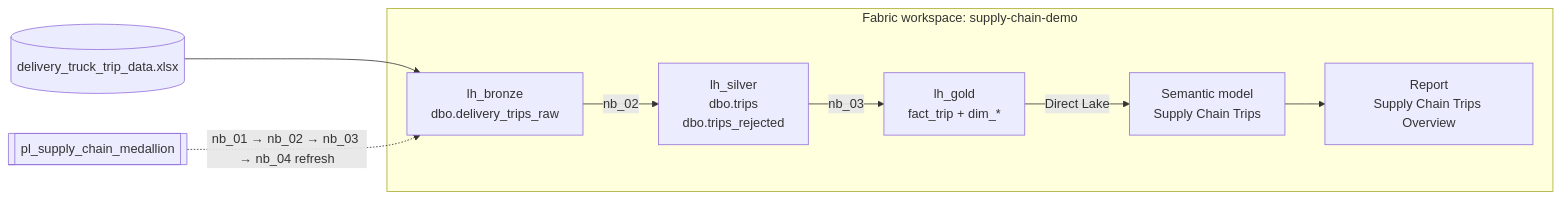
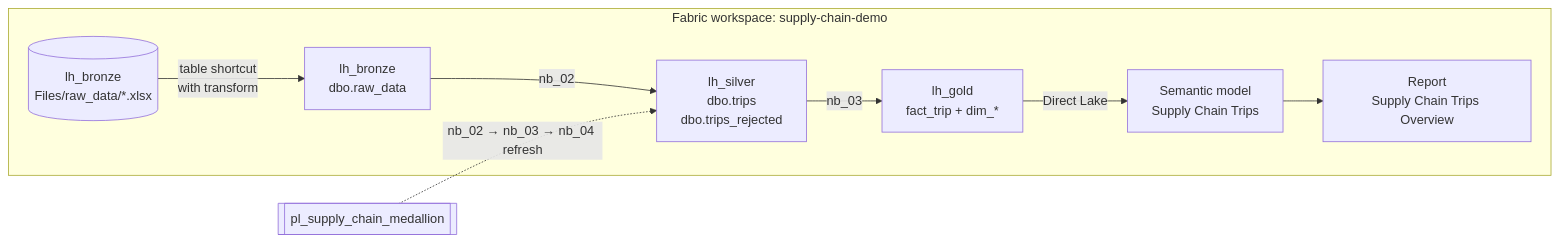
The first of 2 diagrams in README.md (AlahmadiQ8/supply-chain-demo), drawn with Mermaid before and after one commit. The commit also changed other lines of this file and 103 other files, not shown here.

First line of the commit message:
Use dbo.raw_data shortcut as Bronze; add my-dashboard

````diff
--- a/README.md
+++ b/README.md
@@ -22,11 +22,11 @@
 ```mermaid
 flowchart LR
-    X[(delivery_truck_trip_data.xlsx)] --> B
     subgraph Fabric workspace: supply-chain-demo
-      B[lh_bronze<br/>dbo.delivery_trips_raw] -- nb_02 --> S[lh_silver<br/>dbo.trips<br/>dbo.trips_rejected]
+      X[(lh_bronze<br/>Files/raw_data/*.xlsx)] -- table shortcut<br/>with transform --> B[lh_bronze<br/>dbo.raw_data]
+      B -- nb_02 --> S[lh_silver<br/>dbo.trips<br/>dbo.trips_rejected]
       S -- nb_03 --> G[lh_gold<br/>fact_trip + dim_*]
       G -- Direct Lake --> M[Semantic model<br/>Supply Chain Trips]
       M --> R[Report<br/>Supply Chain Trips Overview]
     end
-    P[[pl_supply_chain_medallion]] -. nb_01 → nb_02 → nb_03 → nb_04 refresh .-> B
+    P[[pl_supply_chain_medallion]] -. nb_02 → nb_03 → nb_04 refresh .-> S
 ```
````
